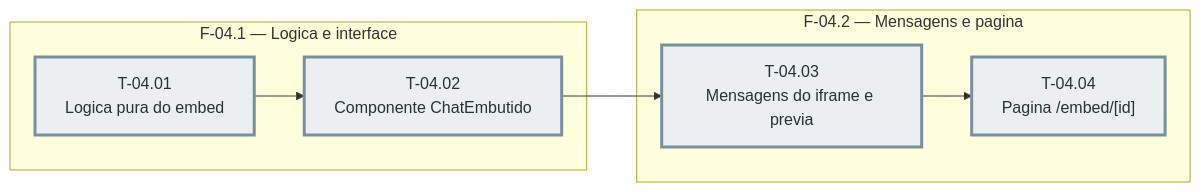
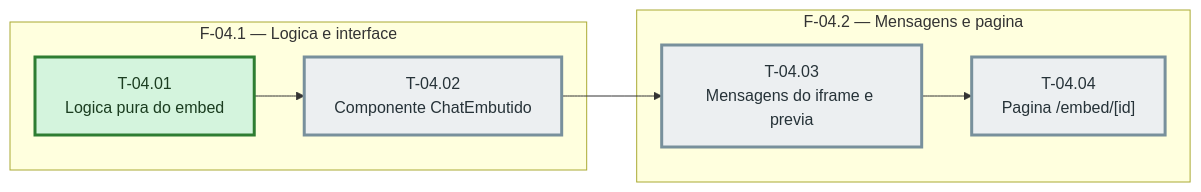
Before and after one commit to bittencourtthulio/converse-chatbot: the diagram in docs/chat-embutido/sprint-04/fases.md, drawn with Mermaid. The commit also changed 3 other files, not shown here.

````diff
--- a/docs/chat-embutido/sprint-04/fases.md
+++ b/docs/chat-embutido/sprint-04/fases.md
@@ -31,27 +31,27 @@
 ```mermaid
 %% Grafo de tasks — sprint-04 — gerado pela sprintx a partir de tasks.md
 flowchart LR
   subgraph fase_04_1["F-04.1 — Logica e interface"]
     T_04_01["T-04.01<br/>Logica pura do embed"]
     T_04_02["T-04.02<br/>Componente ChatEmbutido"]
   end
   subgraph fase_04_2["F-04.2 — Mensagens e pagina"]
     T_04_03["T-04.03<br/>Mensagens do iframe e previa"]
     T_04_04["T-04.04<br/>Pagina /embed/[id]"]
   end
   T_04_01 --> T_04_02
   T_04_02 --> T_04_03
   T_04_03 --> T_04_04
 
   classDef concluida fill:#d4f4dd,stroke:#2e7d32,color:#1b3d20
   classDef andamento fill:#fff3cd,stroke:#b8860b,color:#4a3800
   classDef bloqueada fill:#f8d7da,stroke:#c62828,color:#4a1d1f
   classDef pendente  fill:#eceff1,stroke:#78909c,color:#263238
   classDef critico   stroke-width:3px
 
-  class T_04_01 pendente
+  class T_04_01 concluida
   class T_04_02 pendente
   class T_04_03 pendente
   class T_04_04 pendente
   class T_04_01,T_04_02,T_04_03,T_04_04 critico
 ```
````
